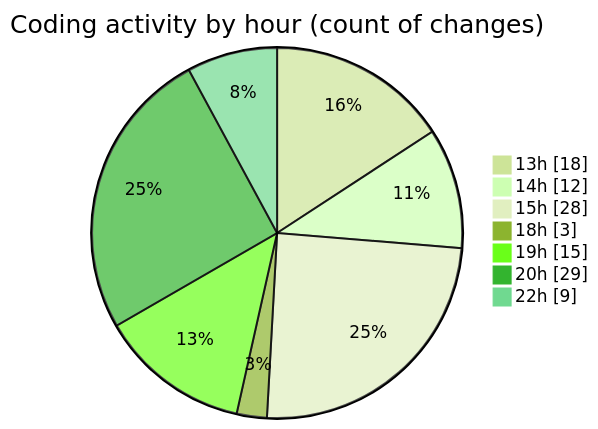
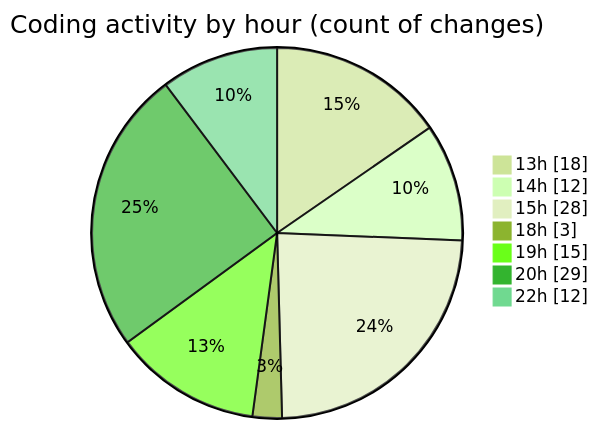
The second of 2 diagrams in 2025-06-16/studio-backend/README.md (idhammustaqopulfikri/code-tracking), drawn with Mermaid (forest theme) before and after one commit. The commit also changed other lines of this file and 1 other file, not shown here.

````diff
--- a/2025-06-16/studio-backend/README.md
+++ b/2025-06-16/studio-backend/README.md
@@ -45,11 +45,11 @@
 ```mermaid
 pie showData
 title Coding activity by hour (count of changes)
 "13h" : 18
 "14h" : 12
 "15h" : 28
 "18h" : 3
 "19h" : 15
 "20h" : 29
-"22h" : 9
+"22h" : 12
 ```
````
